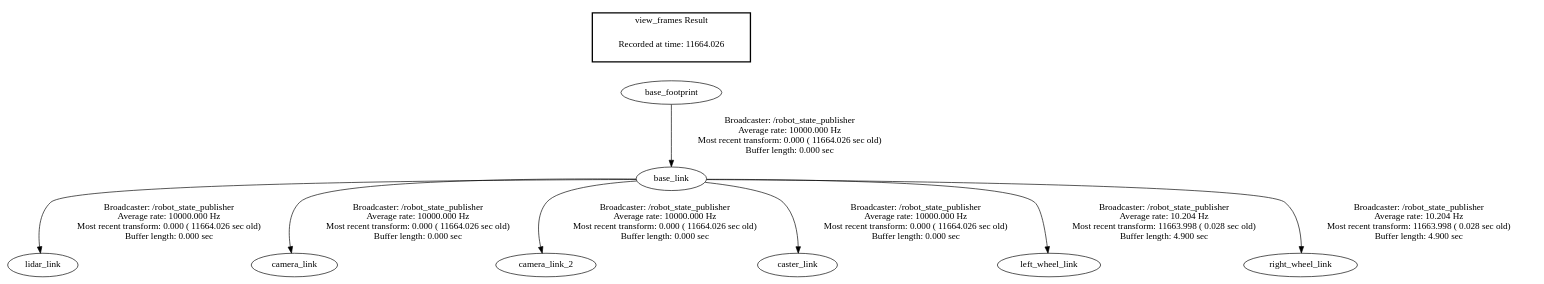
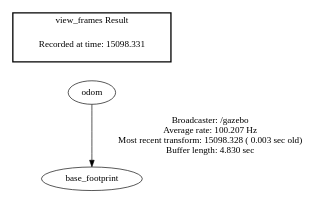
The diagram in frames.gv (judemutombo/simulation), drawn with Graphviz before and after one commit. The commit also changed 13 other files, not shown here.

```diff
--- a/frames.gv
+++ b/frames.gv
@@ -1,13 +1,7 @@
 digraph G {
-"base_footprint" -> "base_link"[label="Broadcaster: /robot_state_publisher\nAverage rate: 10000.000 Hz\nMost recent transform: 0.000 ( 11664.026 sec old)\nBuffer length: 0.000 sec\n"];
-"base_link" -> "lidar_link"[label="Broadcaster: /robot_state_publisher\nAverage rate: 10000.000 Hz\nMost recent transform: 0.000 ( 11664.026 sec old)\nBuffer length: 0.000 sec\n"];
-"base_link" -> "camera_link"[label="Broadcaster: /robot_state_publisher\nAverage rate: 10000.000 Hz\nMost recent transform: 0.000 ( 11664.026 sec old)\nBuffer length: 0.000 sec\n"];
-"base_link" -> "camera_link_2"[label="Broadcaster: /robot_state_publisher\nAverage rate: 10000.000 Hz\nMost recent transform: 0.000 ( 11664.026 sec old)\nBuffer length: 0.000 sec\n"];
-"base_link" -> "caster_link"[label="Broadcaster: /robot_state_publisher\nAverage rate: 10000.000 Hz\nMost recent transform: 0.000 ( 11664.026 sec old)\nBuffer length: 0.000 sec\n"];
-"base_link" -> "left_wheel_link"[label="Broadcaster: /robot_state_publisher\nAverage rate: 10.204 Hz\nMost recent transform: 11663.998 ( 0.028 sec old)\nBuffer length: 4.900 sec\n"];
-"base_link" -> "right_wheel_link"[label="Broadcaster: /robot_state_publisher\nAverage rate: 10.204 Hz\nMost recent transform: 11663.998 ( 0.028 sec old)\nBuffer length: 4.900 sec\n"];
+"odom" -> "base_footprint"[label="Broadcaster: /gazebo\nAverage rate: 100.207 Hz\nMost recent transform: 15098.328 ( 0.003 sec old)\nBuffer length: 4.830 sec\n"];
 edge [style=invis];
  subgraph cluster_legend { style=bold; color=black; label ="view_frames Result";
-"Recorded at time: 11664.026"[ shape=plaintext ] ;
- }->"base_footprint";
+"Recorded at time: 15098.331"[ shape=plaintext ] ;
+ }->"odom";
 }
```
